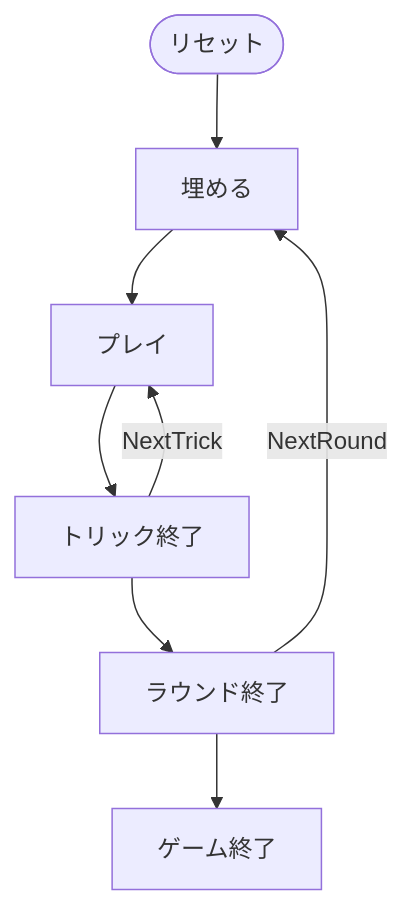
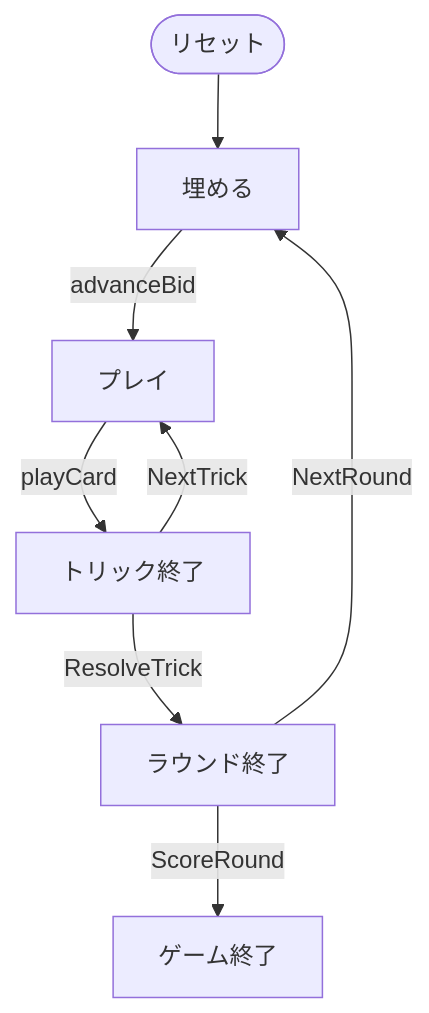
One commit to yuta-yoshinaga/go_trumpcards changed the diagram in docs/manual/cui/ninetynine.md. Above: the diagram before and after it, drawn with Mermaid. The commit also changed 53 other files, not shown here.

````diff
--- a/docs/manual/cui/ninetynine.md
+++ b/docs/manual/cui/ninetynine.md
@@ -37,10 +37,15 @@
 ```mermaid
 flowchart TD
     S(["リセット"]) --> P0
-    P0["埋める"] --> P1["プレイ"]
-    P1["プレイ"] --> P2["トリック終了"]
-    P2["トリック終了"] --> P3["ラウンド終了"]
-    P3["ラウンド終了"] --> P4["ゲーム終了"]
+    P0["埋める"]
+    P1["プレイ"]
+    P2["トリック終了"]
+    P3["ラウンド終了"]
+    P4["ゲーム終了"]
     P3 -->|NextRound| P0
+    P2 -->|ResolveTrick| P3
     P2 -->|NextTrick| P1
+    P3 -->|ScoreRound| P4
+    P0 -->|advanceBid| P1
+    P1 -->|playCard| P2
 ```
````
